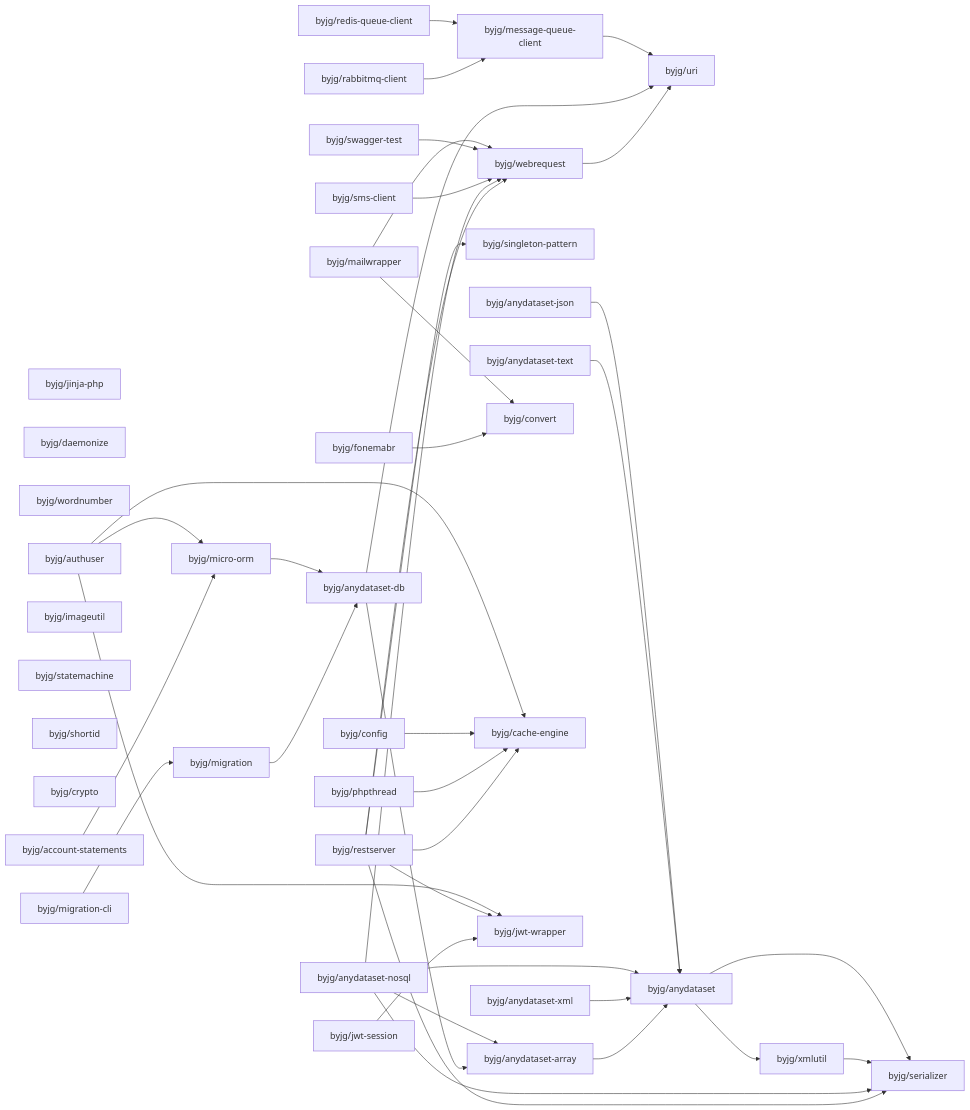
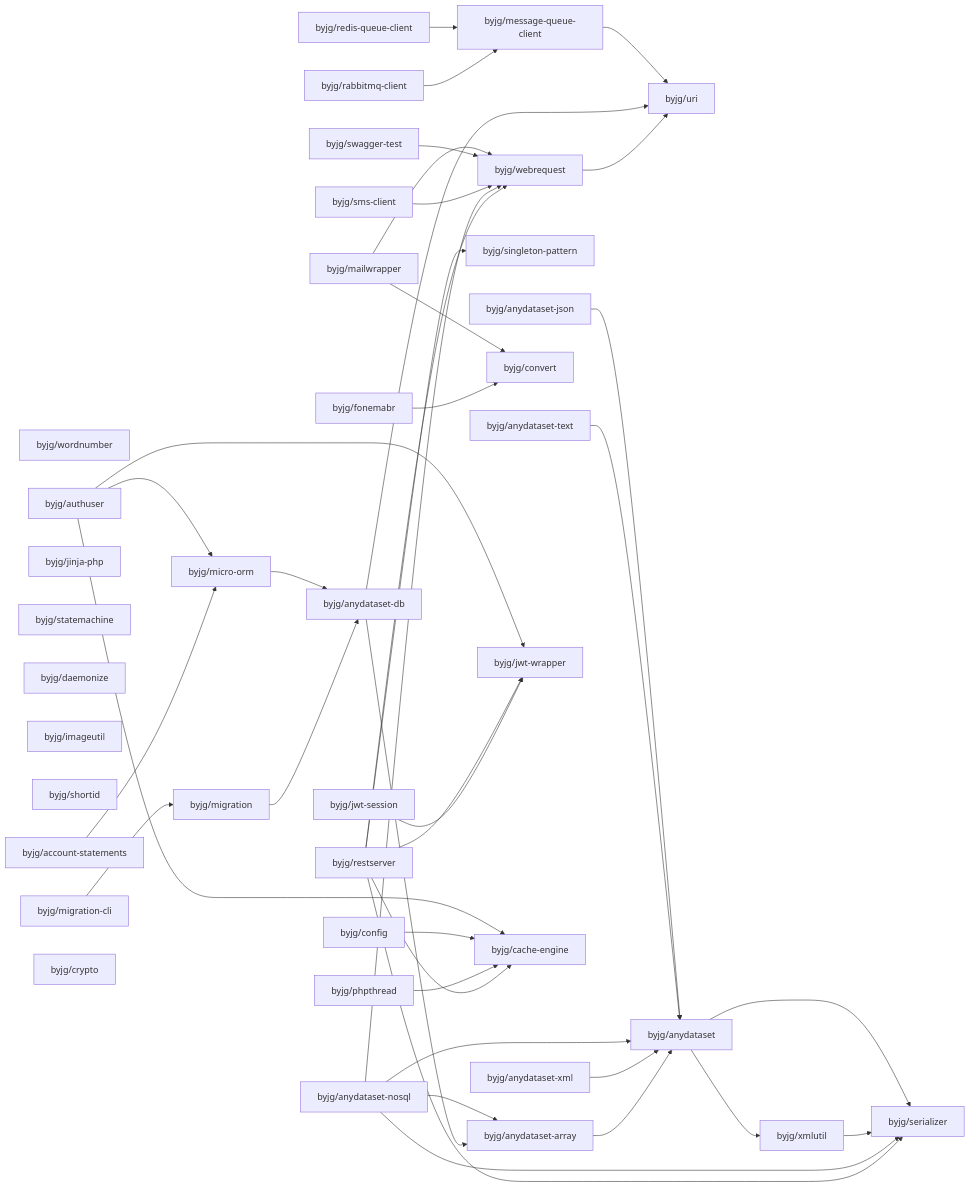
Before and after one commit to byjg/byjg.github.io: the diagram in docs/php/README.md, drawn with Mermaid. The commit also changed other lines of this file, not shown here.

Commit message:
Update documentation 'php' 'php-cache-engine'

````diff
--- a/docs/php/README.md
+++ b/docs/php/README.md
@@ -3,78 +3,78 @@
 ```mermaid
 graph LR;
+  byjg/config;
+  byjg/wordnumber;
+  byjg/account-statements;
+  byjg/anydataset-nosql;
+  byjg/jinja-php;
+  byjg/anydataset-xml;
+  byjg/jwt-session;
+  byjg/swagger-test;
+  byjg/anydataset-text;
+  byjg/statemachine;
+  byjg/daemonize;
+  byjg/anydataset-json;
+  byjg/imageutil;
   byjg/rabbitmq-client;
+  byjg/shortid;
   byjg/restserver;
-  byjg/jinja-php;
+  byjg/redis-queue-client;
+  byjg/migration-cli;
+  byjg/fonemabr;
+  byjg/mailwrapper;
   byjg/sms-client;
-  byjg/daemonize;
-  byjg/anydataset-nosql;
-  byjg/anydataset-xml;
+  byjg/authuser;
+  byjg/crypto;
   byjg/phpthread;
-  byjg/swagger-test;
-  byjg/redis-queue-client;
-  byjg/wordnumber;
-  byjg/mailwrapper;
-  byjg/jwt-session;
-  byjg/account-statements;
-  byjg/imageutil;
-  byjg/statemachine;
-  byjg/shortid;
-  byjg/crypto;
-  byjg/fonemabr;
-  byjg/config;
-  byjg/migration-cli;
-  byjg/anydataset-json;
-  byjg/authuser;
-  byjg/anydataset-text;
   byjg/singleton-pattern;
   byjg/message-queue-client;
+  byjg/migration;
+  byjg/convert;
   byjg/webrequest;
-  byjg/convert;
-  byjg/migration;
   byjg/micro-orm;
+  byjg/jwt-wrapper;
   byjg/cache-engine;
-  byjg/jwt-wrapper;
   byjg/anydataset-db;
   byjg/anydataset-array;
   byjg/uri;
   byjg/anydataset;
   byjg/xmlutil;
   byjg/serializer;
   byjg/account-statements --> byjg/micro-orm;
   byjg/fonemabr --> byjg/convert;
   byjg/webrequest --> byjg/uri;
   byjg/anydataset-array --> byjg/anydataset;
   byjg/anydataset-xml --> byjg/anydataset;
   byjg/rabbitmq-client --> byjg/message-queue-client;
   byjg/redis-queue-client --> byjg/message-queue-client;
   byjg/jwt-session --> byjg/jwt-wrapper;
   byjg/anydataset-db --> byjg/anydataset-array;
   byjg/anydataset-db --> byjg/uri;
   byjg/restserver --> byjg/serializer;
   byjg/restserver --> byjg/singleton-pattern;
   byjg/restserver --> byjg/cache-engine;
   byjg/restserver --> byjg/webrequest;
   byjg/restserver --> byjg/jwt-wrapper;
   byjg/migration --> byjg/anydataset-db;
   byjg/anydataset-nosql --> byjg/anydataset;
   byjg/anydataset-nosql --> byjg/anydataset-array;
   byjg/anydataset-nosql --> byjg/serializer;
   byjg/anydataset-nosql --> byjg/webrequest;
   byjg/phpthread --> byjg/cache-engine;
   byjg/sms-client --> byjg/webrequest;
   byjg/swagger-test --> byjg/webrequest;
   byjg/migration-cli --> byjg/migration;
   byjg/config --> byjg/cache-engine;
   byjg/anydataset-text --> byjg/anydataset;
   byjg/micro-orm --> byjg/anydataset-db;
   byjg/authuser --> byjg/micro-orm;
   byjg/authuser --> byjg/cache-engine;
   byjg/authuser --> byjg/jwt-wrapper;
   byjg/anydataset-json --> byjg/anydataset;
   byjg/mailwrapper --> byjg/convert;
   byjg/mailwrapper --> byjg/webrequest;
   byjg/xmlutil --> byjg/serializer;
   byjg/anydataset --> byjg/serializer;
   byjg/anydataset --> byjg/xmlutil;
   byjg/message-queue-client --> byjg/uri;
 ```
````
